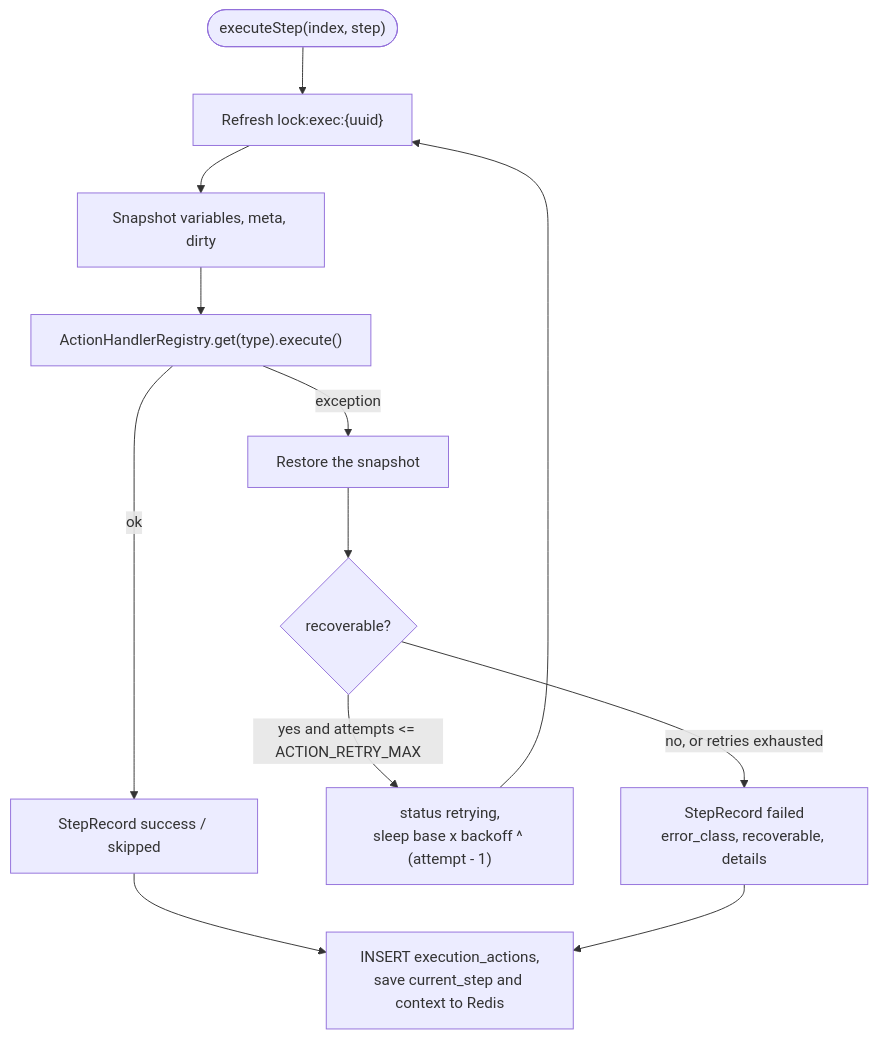
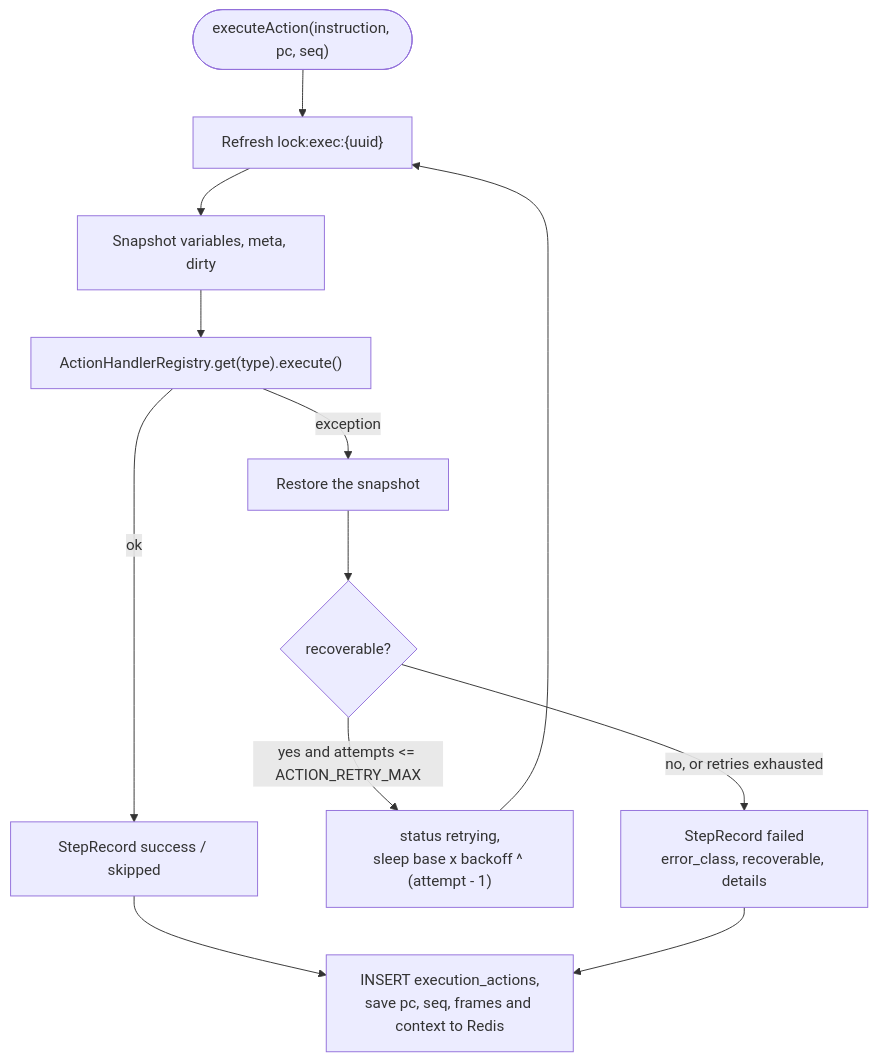
Before and after one commit to madarch-labs/Workflow-Processing-Service: the fourth of 6 diagrams in doc/en/05-architecture/execution-engine.md, drawn with Mermaid. The commit also changed other lines of this file and 470 other files, not shown here.

````diff
--- a/doc/en/05-architecture/execution-engine.md
+++ b/doc/en/05-architecture/execution-engine.md
@@ -112,14 +267,14 @@
 ```mermaid
 flowchart TB
-    s(["executeStep(index, step)"]) --> lock["Refresh lock:exec:{uuid}"]
+    s(["executeAction(instruction, pc, seq)"]) --> lock["Refresh lock:exec:{uuid}"]
     lock --> snap["Snapshot variables, meta, dirty"]
     snap --> exec["ActionHandlerRegistry.get(type).execute()"]
     exec -- "ok" --> rec["StepRecord success / skipped"]
     exec -- "exception" --> restore["Restore the snapshot"]
     restore --> kind{"recoverable?"}
     kind -- "yes and attempts <= ACTION_RETRY_MAX" --> wait["status retrying,<br/>sleep base x backoff ^ (attempt - 1)"]
     wait --> lock
     kind -- "no, or retries exhausted" --> failrec["StepRecord failed<br/>error_class, recoverable, details"]
-    rec --> audit["INSERT execution_actions,<br/>save current_step and context to Redis"]
+    rec --> audit["INSERT execution_actions,<br/>save pc, seq, frames and context to Redis"]
     failrec --> audit
 ```
````
